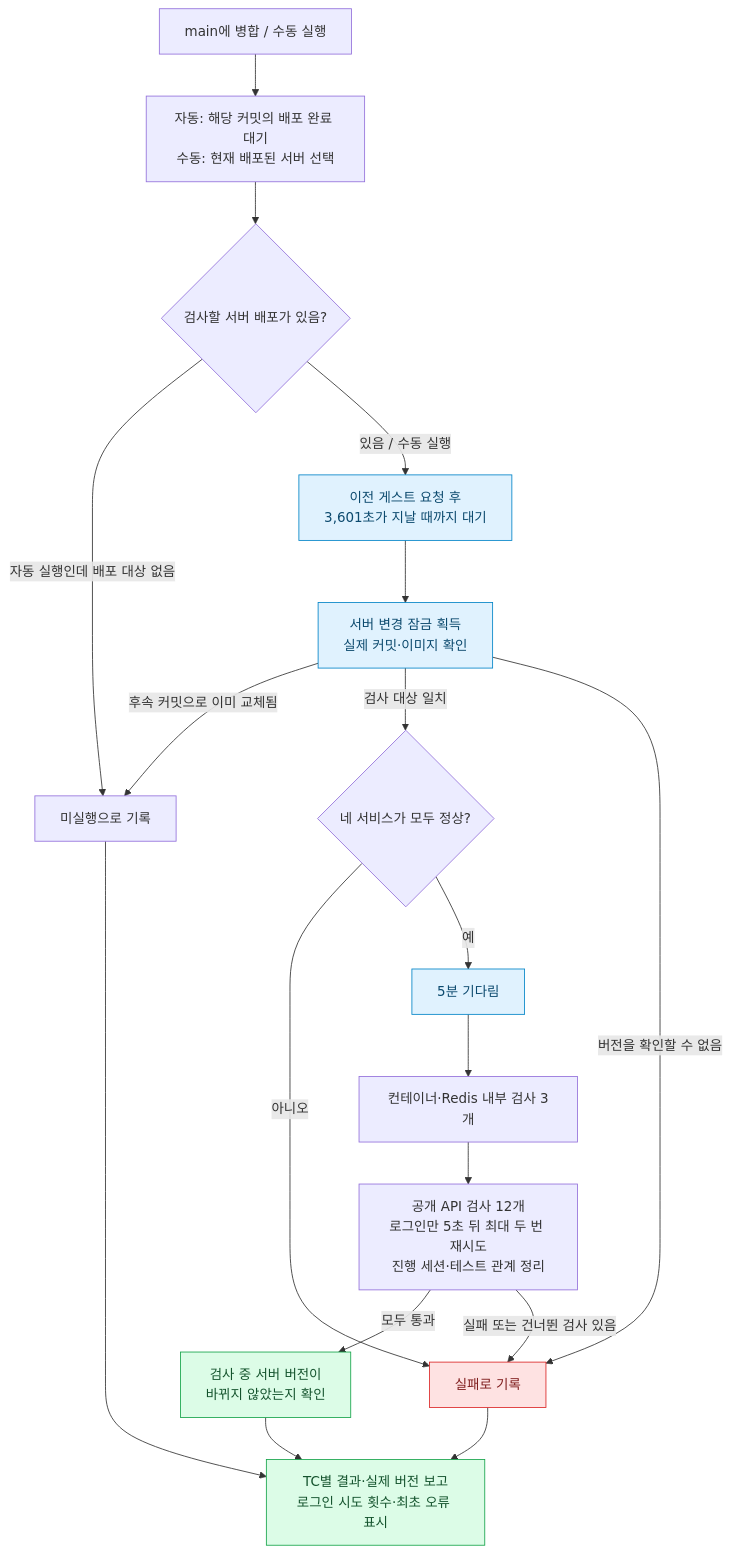
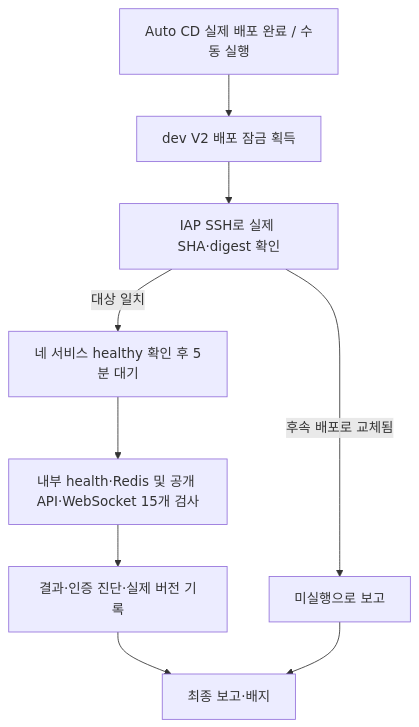
The diagram in smoke/README.md (OneOrThree/phone), drawn with Mermaid before and after one commit. The commit also changed other lines of this file and 15 other files, not shown here.

````diff
--- a/smoke/README.md
+++ b/smoke/README.md
@@ -13,26 +13,11 @@
 ```mermaid
 flowchart TD
-    A["main에 병합 / 수동 실행"] --> B["자동: 해당 커밋의 배포 완료 대기<br/>수동: 현재 배포된 서버 선택"]
-    B --> C{"검사할 서버 배포가 있음?"}
-    C -->|"자동 실행인데 배포 대상 없음"| S["미실행으로 기록"]
-    C -->|"있음 / 수동 실행"| D["이전 게스트 요청 후<br/>3,601초가 지날 때까지 대기"]
-    D --> E["서버 변경 잠금 획득<br/>실제 커밋·이미지 확인"]
-    E -->|"후속 커밋으로 이미 교체됨"| S
-    E -->|"검사 대상 일치"| F{"네 서비스가 모두 정상?"}
-    E -->|"버전을 확인할 수 없음"| X["실패로 기록"]
-    F -->|"아니오"| X
-    F -->|"예"| G["5분 기다림"]
-    G --> H["컨테이너·Redis 내부 검사 3개"]
-    H --> I["공개 API 검사 12개<br/>로그인만 5초 뒤 최대 두 번 재시도<br/>진행 세션·테스트 관계 정리"]
-    I -->|"모두 통과"| J["검사 중 서버 버전이<br/>바뀌지 않았는지 확인"]
-    I -->|"실패 또는 건너뛴 검사 있음"| X
-    J --> K["TC별 결과·실제 버전 보고<br/>로그인 시도 횟수·최초 오류 표시"]
-    S --> K
-    X --> K
-    classDef good fill:#dcfce7,stroke:#16a34a,color:#14532d;
-    classDef wait fill:#e0f2fe,stroke:#0284c7,color:#0c4a6e;
-    classDef bad fill:#fee2e2,stroke:#dc2626,color:#7f1d1d;
-    class D,E,G wait;
-    class J,K good;
-    class X bad;
+    A["Auto CD 실제 배포 완료 / 수동 실행"] --> B["dev V2 배포 잠금 획득"]
+    B --> C["IAP SSH로 실제 SHA·digest 확인"]
+    C -->|"후속 배포로 교체됨"| S["미실행으로 보고"]
+    C -->|"대상 일치"| D["네 서비스 healthy 확인 후 5분 대기"]
+    D --> E["내부 health·Redis 및 공개 API·WebSocket 15개 검사"]
+    E --> F["결과·인증 진단·실제 버전 기록"]
+    F --> G["최종 보고·배지"]
+    S --> G
 ```
````
